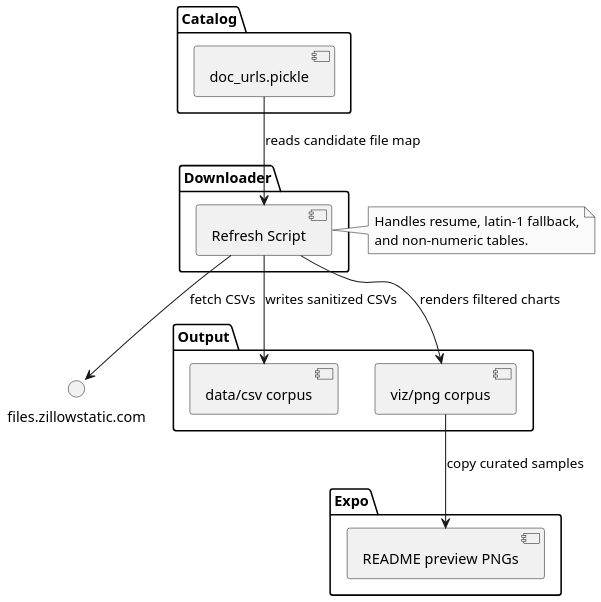
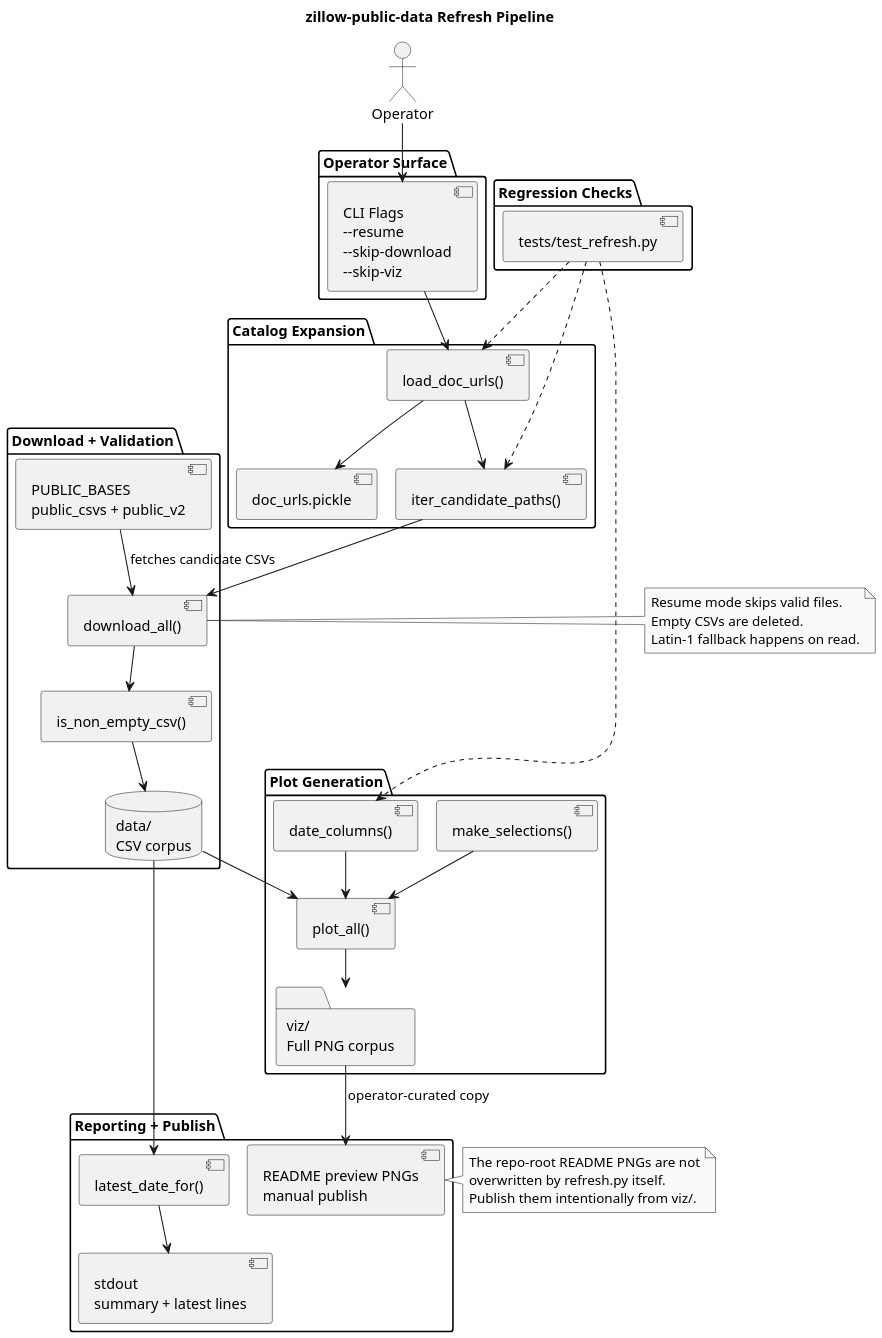
The diagram in docs/diagrams/architecture.puml (casonk/zillow-public-data), drawn with PlantUML before and after one commit. The commit also changed 16 other files, not shown here.

Commit message:
docs: publish architecture updates

```diff
--- a/docs/diagrams/architecture.puml
+++ b/docs/diagrams/architecture.puml
@@ -1,30 +1,76 @@
 @startuml
+!pragma layout smetana
 skinparam monochrome true
 skinparam dpi 150
+skinparam shadowing false
+title zillow-public-data Refresh Pipeline
 
-package "Catalog" {
-  [doc_urls.pickle] as doc
-}
-package "Downloader" {
-  [Refresh Script] as entry
-}
-package "Output" {
-  [data/csv corpus]
-  [viz/png corpus]
-}
-package "Expo" {
-  [README preview PNGs]
+actor Operator as operator
+
+package "Operator Surface" {
+  [CLI Flags\n--resume\n--skip-download\n--skip-viz] as flags
 }
 
-doc --> entry : reads candidate file map
-entry --> "files.zillowstatic.com" : fetch CSVs
-entry --> "data/csv corpus" : writes sanitized CSVs
-entry --> "viz/png corpus" : renders filtered charts
-"viz/png corpus" --> "README preview PNGs" : copy curated samples
+package "Catalog Expansion" {
+  [doc_urls.pickle] as doc
+  [load_doc_urls()] as load
+  [iter_candidate_paths()] as iter
+}
 
-note right of entry
-  Handles resume, latin-1 fallback,
-  and non-numeric tables.
+package "Download + Validation" {
+  [download_all()] as download
+  [PUBLIC_BASES\npublic_csvs + public_v2] as bases
+  [is_non_empty_csv()] as validate
+  database "data/\nCSV corpus" as data
+}
+
+package "Plot Generation" {
+  [make_selections()] as selections
+  [date_columns()] as dates
+  [plot_all()] as plots
+  folder "viz/\nFull PNG corpus" as viz
+}
+
+package "Reporting + Publish" {
+  [latest_date_for()] as latest
+  [stdout\nsummary + latest lines] as summaries
+  [README preview PNGs\nmanual publish] as preview
+}
+
+package "Regression Checks" {
+  [tests/test_refresh.py] as tests
+}
+
+operator --> flags
+flags --> load
+load --> doc
+load --> iter
+iter --> download
+bases --> download : fetches candidate CSVs
+download --> validate
+validate --> data
+data --> plots
+selections --> plots
+dates --> plots
+plots --> viz
+data --> latest
+latest --> summaries
+viz --> preview : operator-curated copy
+
+tests ..> load
+tests ..> iter
+tests ..> dates
+
+note right of download
+  Resume mode skips valid files.
+  Empty CSVs are deleted.
+  Latin-1 fallback happens on read.
+end note
+
+note right of preview
+  The repo-root README PNGs are not
+  overwritten by refresh.py itself.
+  Publish them intentionally from viz/.
 end note
 
 @enduml
```
